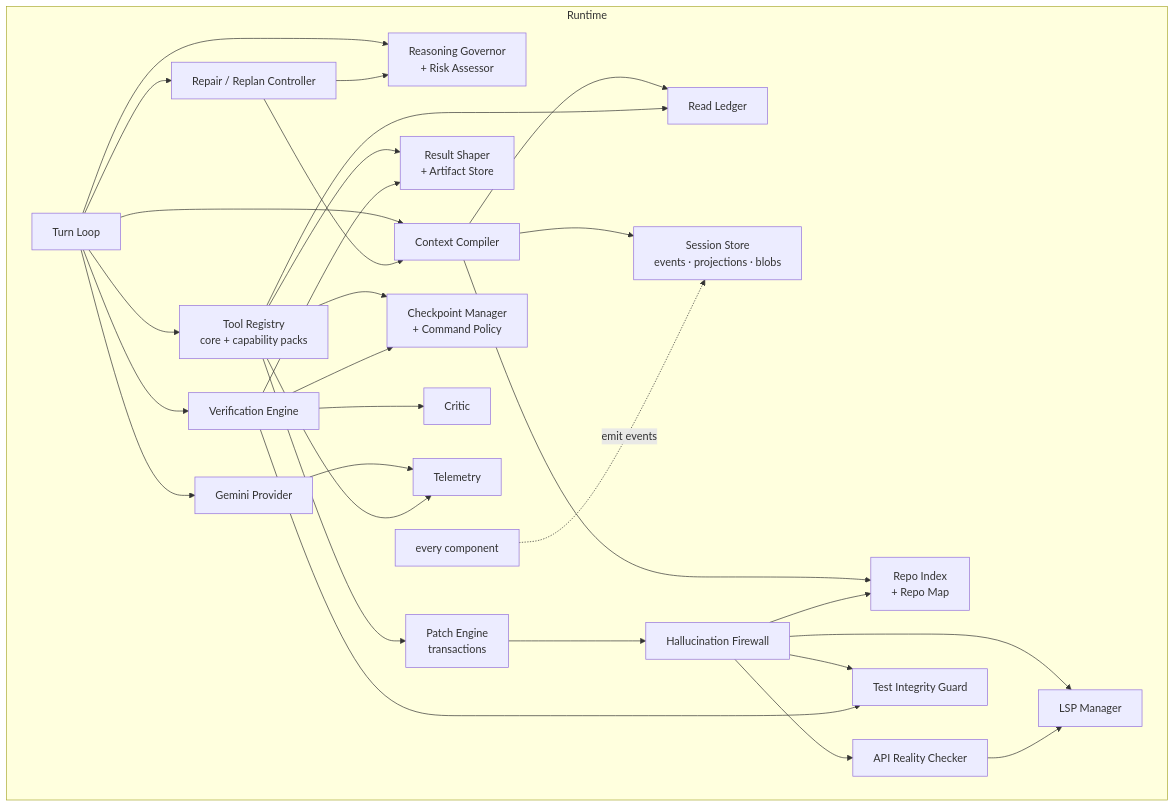
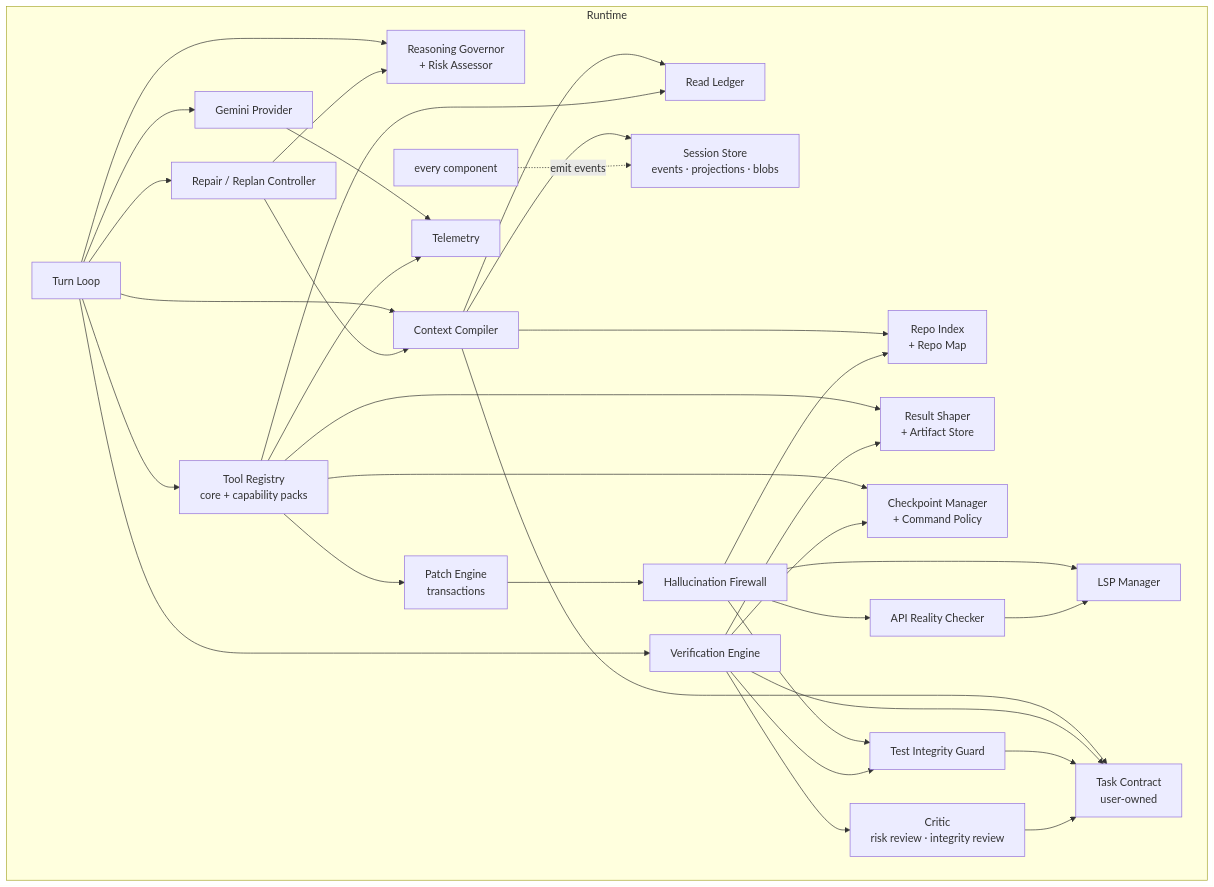
The second of 5 diagrams in ARCHITECTURE.md (Kai-0501/kai-agent-2.0), drawn with Mermaid before and after one commit. The commit also changed other lines of this file and 52 other files, not shown here.

First line of the commit message:
design: amend architecture for design review 1 (seven findings)

````diff
--- a/ARCHITECTURE.md
+++ b/ARCHITECTURE.md
@@ -51,53 +53,58 @@
 ```mermaid
 flowchart TB
   subgraph Runtime
     loop[Turn Loop]
     gov[Reasoning Governor<br/>+ Risk Assessor]
     cc[Context Compiler]
     prov[Gemini Provider]
     tools[Tool Registry<br/>core + capability packs]
     ledger[Read Ledger]
     shaper[Result Shaper<br/>+ Artifact Store]
     patch[Patch Engine<br/>transactions]
     fw[Hallucination Firewall]
     api[API Reality Checker]
     idx[Repo Index<br/>+ Repo Map]
     lspm[LSP Manager]
     ver[Verification Engine]
     tig[Test Integrity Guard]
     rep[Repair / Replan Controller]
-    crit[Critic]
+    crit[Critic<br/>risk review · integrity review]
+    contract[Task Contract<br/>user-owned]
     ckpt[Checkpoint Manager<br/>+ Command Policy]
     tel[Telemetry]
     store[Session Store<br/>events · projections · blobs]
     everything[every component]
   end
   loop --> gov
   loop --> cc
   loop --> prov
   loop --> tools
   cc --> ledger
   cc --> idx
   cc --> store
   tools --> ledger
   tools --> shaper
   tools --> patch
   tools --> ckpt
   patch --> fw
   fw --> idx
   fw --> lspm
   fw --> api
   fw --> tig
   api --> lspm
   ver --> shaper
   ver --> tig
   ver --> crit
+  cc --> contract
+  ver --> contract
+  tig --> contract
+  crit --> contract
   ver --> ckpt
   loop --> rep
   rep --> gov
   rep --> cc
   loop --> ver
   prov --> tel
   tools --> tel
   everything -.emit events.-> store
 ```
````
